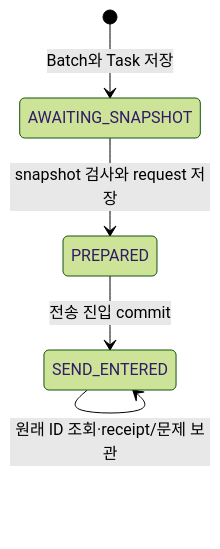
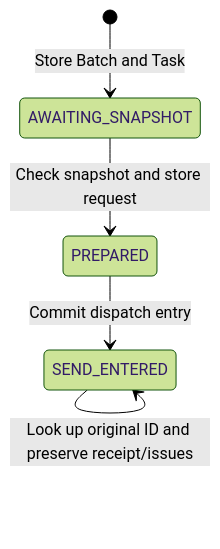
The diagram in crates/rx-application/HOST_CONFIGURATION_DISPATCH.md (jack0682/rx-platform), drawn with Mermaid (forest theme) before and after one commit. The commit also changed other lines of this file and 103 other files, not shown here.

````diff
--- a/crates/rx-application/HOST_CONFIGURATION_DISPATCH.md
+++ b/crates/rx-application/HOST_CONFIGURATION_DISPATCH.md
@@ -26,7 +26,7 @@
 ```mermaid
 stateDiagram-v2
-    [*] --> AWAITING_SNAPSHOT: Batch와 Task 저장
-    AWAITING_SNAPSHOT --> PREPARED: snapshot 검사와 request 저장
-    PREPARED --> SEND_ENTERED: 전송 진입 commit
-    SEND_ENTERED --> SEND_ENTERED: 원래 ID 조회·receipt/문제 보관
+    [*] --> AWAITING_SNAPSHOT: Store Batch and Task
+    AWAITING_SNAPSHOT --> PREPARED: Check snapshot and store request
+    PREPARED --> SEND_ENTERED: Commit dispatch entry
+    SEND_ENTERED --> SEND_ENTERED: Look up original ID and preserve receipt/issues
 ```
````
